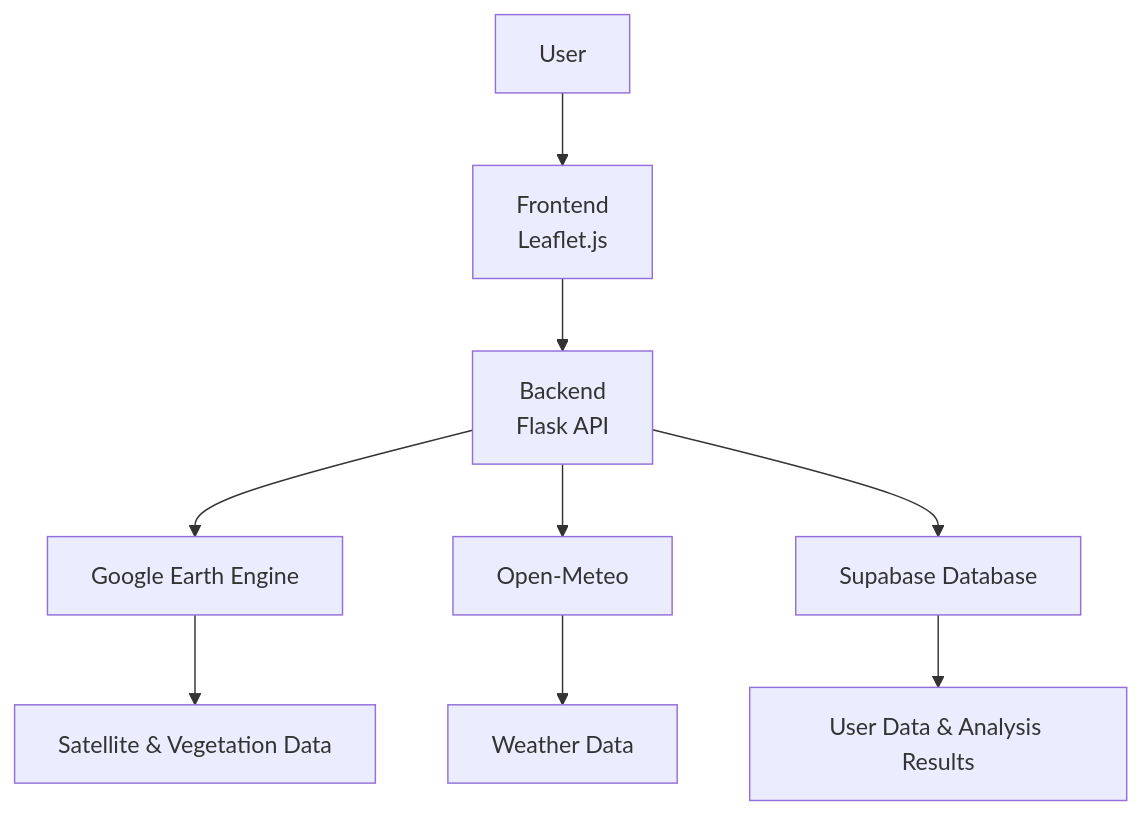
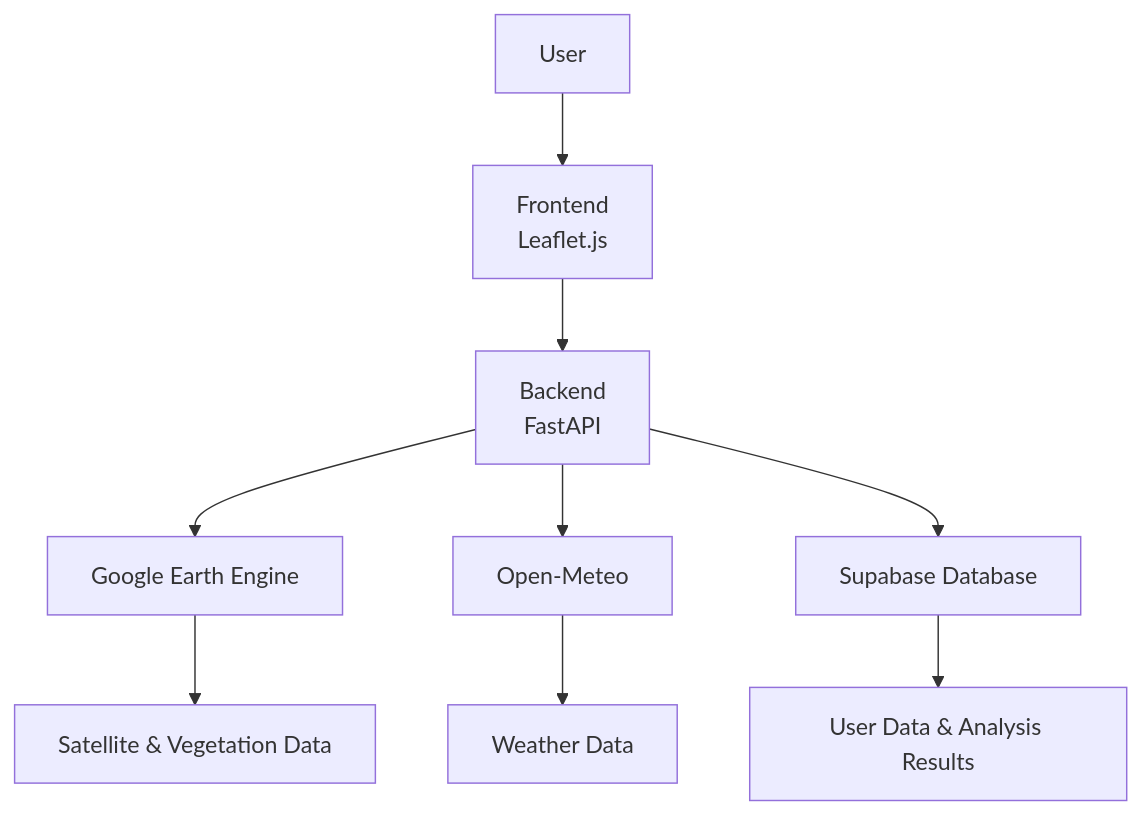
One commit to Phitah02/LandCare-AI changed the diagram in README.md. Above: the diagram before and after it, drawn with Mermaid. The commit also changed other lines of this file, not shown here.

````diff
--- a/README.md
+++ b/README.md
@@ -88,11 +135,11 @@
 ```mermaid
 graph TD
     A[User] --> B[Frontend<br/>Leaflet.js]
-    B --> C[Backend<br/>Flask API]
+    B --> C[Backend<br/>FastAPI]
     C --> D[Google Earth Engine]
     C --> E[Open-Meteo]
     C --> F[Supabase Database]
     D --> G[Satellite & Vegetation Data]
     E --> H[Weather Data]
     F --> I[User Data & Analysis Results]
 ```
````
